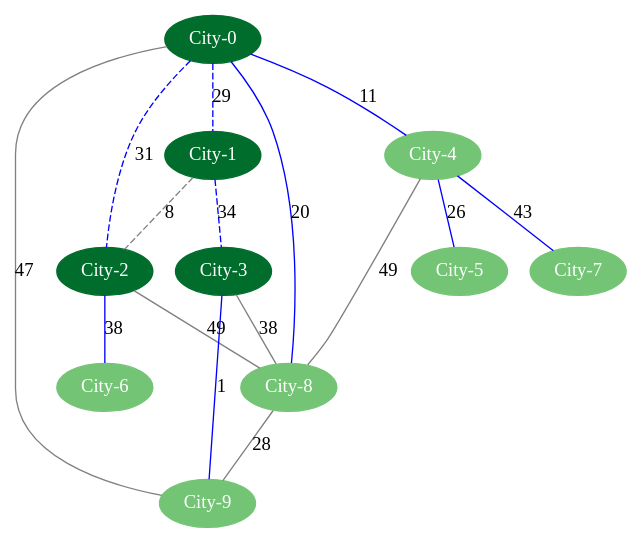
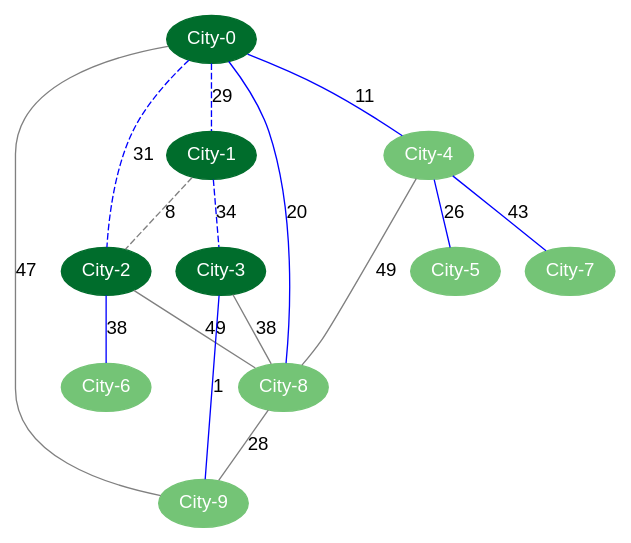
The diagram in SWProj2/src/graph-diagram-testcase-2.dot (sufeeeringGavinM/EEE121-TRU-gmmontevirgen), drawn with Graphviz before and after one commit. The commit also changed 4 other files, not shown here.

```diff
--- a/SWProj2/src/graph-diagram-testcase-2.dot
+++ b/SWProj2/src/graph-diagram-testcase-2.dot
@@ -1,40 +1,40 @@
-strict graph G{    fontname="Papyrus"
-    node [fontname="Papyrus",colorscheme=greens9]
-    edge [fontname="Comic Sans MS"]
+strict graph G{    fontname="Helvetica,Arial,sans-serif"
+    node [fontname="Helvetica,Arial,sans-serif",colorscheme=greens9]
+    edge [fontname="Helvetica,Arial,sans-serif"]
 0 [label="City-0", style=filled, color=8,fontcolor=white]
 1 [label="City-1", style=filled, color=8,fontcolor=white]
 2 [label="City-2", style=filled, color=8,fontcolor=white]
 3 [label="City-3", style=filled, color=8,fontcolor=white]
 4 [label="City-4", style=filled, color=5,fontcolor=white]
 5 [label="City-5", style=filled, color=5,fontcolor=white]
 6 [label="City-6", style=filled, color=5,fontcolor=white]
 7 [label="City-7", style=filled, color=5,fontcolor=white]
 8 [label="City-8", style=filled, color=5,fontcolor=white]
 9 [label="City-9", style=filled, color=5,fontcolor=white]
 0 -- 1 [label=29, style=dashed, color=gray]
 0 -- 2 [label=31, style=dashed, color=gray]
 0 -- 4 [label=11, style=line, color=gray]
 0 -- 8 [label=20, style=line, color=gray]
 0 -- 9 [label=47, style=line, color=gray]
 1 -- 2 [label=8, style=dashed, color=gray]
 1 -- 3 [label=34, style=dashed, color=gray]
 2 -- 6 [label=38, style=line, color=gray]
 2 -- 8 [label=49, style=line, color=gray]
 3 -- 8 [label=38, style=line, color=gray]
 3 -- 9 [label=1, style=line, color=gray]
 4 -- 5 [label=26, style=line, color=gray]
 4 -- 7 [label=43, style=line, color=gray]
 4 -- 8 [label=49, style=line, color=gray]
 8 -- 9 [label=28, style=line, color=gray]
 1 -- 3 [label=34, style=dashed, color=blue]
 0 -- 2 [label=31, style=dashed, color=blue]
 0 -- 1 [label=29, style=dashed, color=blue]
 4 -- 0 [label=11, style=line, color=blue]
 5 -- 4 [label=26, style=line, color=blue]
 4 -- 0 [label=11, style=line, color=blue]
 6 -- 2 [label=38, style=line, color=blue]
 7 -- 4 [label=43, style=line, color=blue]
 4 -- 0 [label=11, style=line, color=blue]
 8 -- 0 [label=20, style=line, color=blue]
 9 -- 3 [label=1, style=line, color=blue]
 }
```
